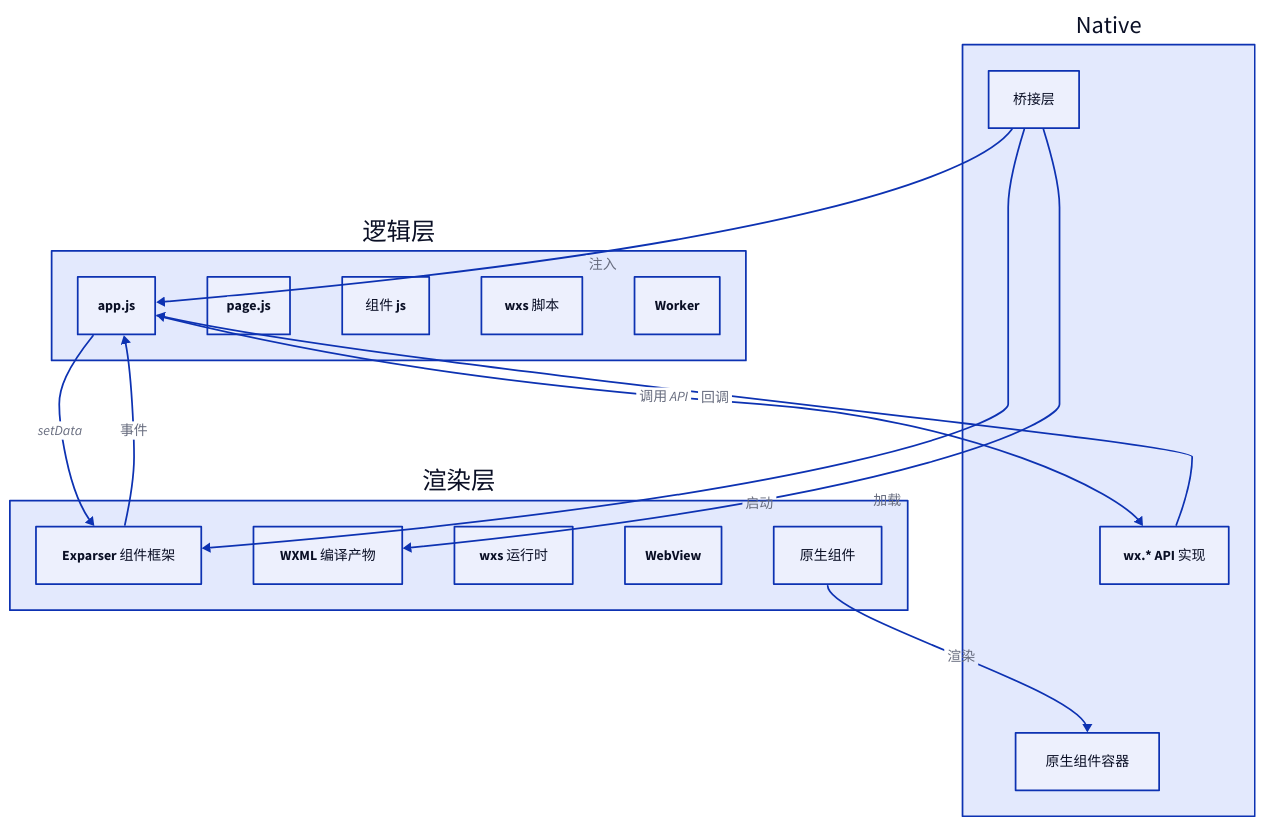
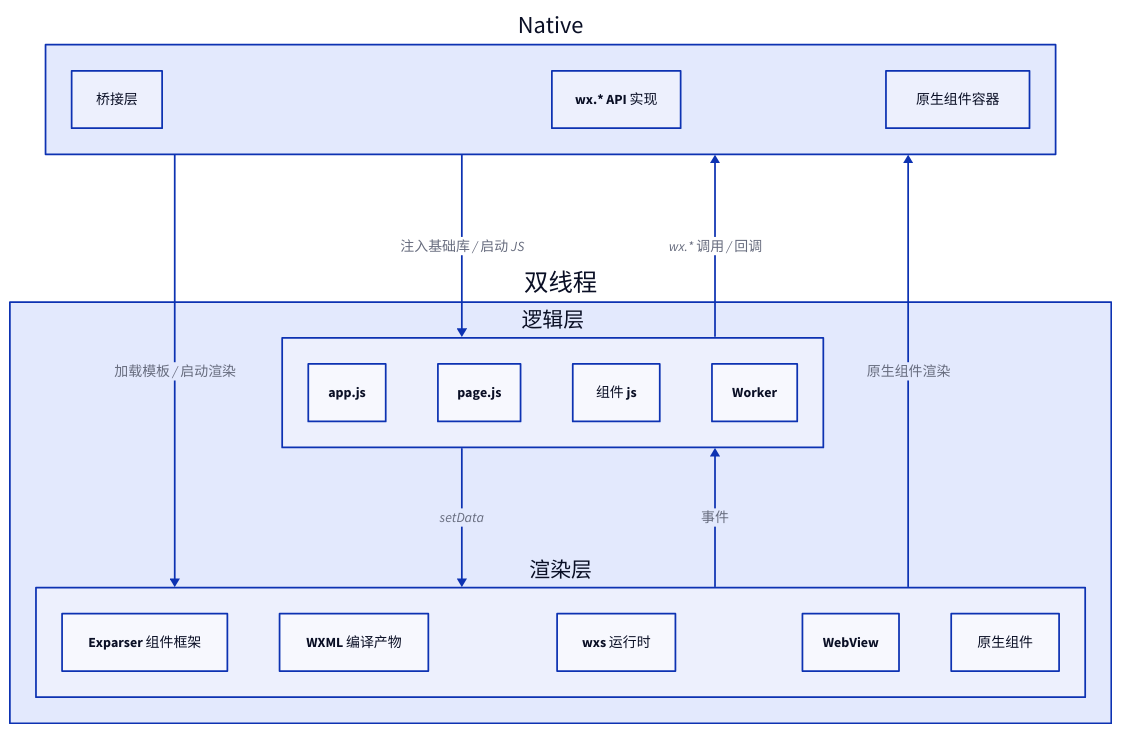
The second of 8 diagrams in apps/docs/experiences/微信小程序/原理与实践.md (youngluo/thinking), drawn with D2 before and after one commit. The commit also changed other lines of this file and 3 other files, not shown here.

````diff
--- a/apps/docs/experiences/微信小程序/原理与实践.md
+++ b/apps/docs/experiences/微信小程序/原理与实践.md
@@ -83,53 +87,54 @@
 ```d2
 direction: down
 
-logic: 逻辑层 {
-  class: group
-
-  appjs: app.js
-  pagejs: page.js
-  component: 组件 js
-  wxs: wxs 脚本
-  worker: Worker
-}
-
-view: 渲染层 {
-  class: group
-
-  exparser: Exparser 组件框架
-  wxml: WXML 编译产物
-  wxs_runtime: wxs 运行时
-  webview: WebView
-  native_component: 原生组件
-}
-
 native: Native {
   class: group
+  direction: right
 
   bridge: 桥接层
   wxapi: wx.* API 实现
   nativecom: 原生组件容器
 }
 
-# 启动阶段：Native 注入两条线程
-native.bridge -> logic.appjs: 注入
-native.bridge -> view.wxml: 加载
-native.bridge -> view.exparser: 启动
+threads: 双线程 {
+  class: group
+  direction: right
 
-# 运行时核心通信：逻辑层 ↔ 渲染层
-logic.appjs -> view.exparser: setData {
+  logic: 逻辑层 {
+    class: group
+
+    appjs: app.js
+    pagejs: page.js
+    component: 组件 js
+    worker: Worker
+  }
+
+  view: 渲染层 {
+    class: group
+
+    exparser: Exparser 组件框架
+    wxml: WXML 编译产物
+    wxs_runtime: wxs 运行时
+    webview: WebView
+    native_component: 原生组件
+  }
+}
+
+# 启动阶段
+native -> threads.logic: 注入基础库 / 启动 JS
+native -> threads.view: 加载模板 / 启动渲染
+
+# 运行时通信
+threads.logic -> threads.view: setData {
   style.stroke-width: 2
 }
-view.exparser -> logic.appjs: 事件 {
+threads.view -> threads.logic: 事件 {
   style.stroke-width: 2
 }
 
-# 能力调用：逻辑层 ↔ Native
-logic.appjs -> native.wxapi: 调用 API {
-  style.stroke-width: 2
-}
-native.wxapi -> logic.appjs: 回调
+# 宿主能力
+threads.logic -> native: wx.* 调用 / 回调
 
-# 原生组件挂载到原生容器
-view.native_component -> native.nativecom: 渲染
+# 原生组件
+threads.view -> native: 原生组件渲染
 ```
````
